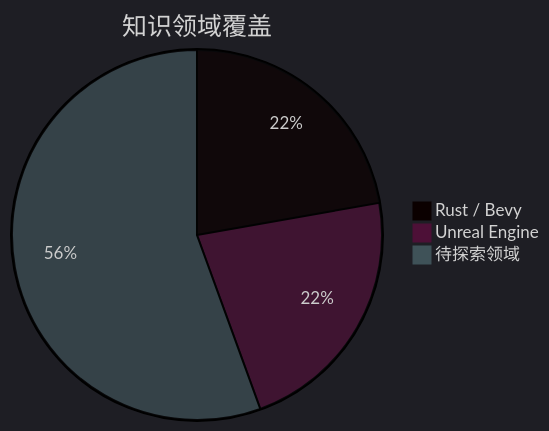
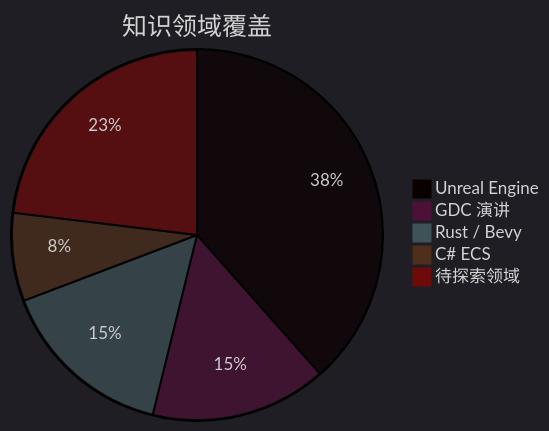
The second of 4 diagrams in 大衍决残卷/修为面板.md (yuexingqin97/MyClaude), drawn with Mermaid before and after one commit. The commit also changed other lines of this file, not shown here.

````diff
--- a/大衍决残卷/修为面板.md
+++ b/大衍决残卷/修为面板.md
@@ -103,7 +127,9 @@
 ```mermaid
 %%{init: {'theme': 'dark'}}%%
 pie title 知识领域覆盖
+    "Unreal Engine" : 5
+    "GDC 演讲" : 2
     "Rust / Bevy" : 2
-    "Unreal Engine" : 2
-    "待探索领域" : 5
+    "C# ECS" : 1
+    "待探索领域" : 3
 ```
````
